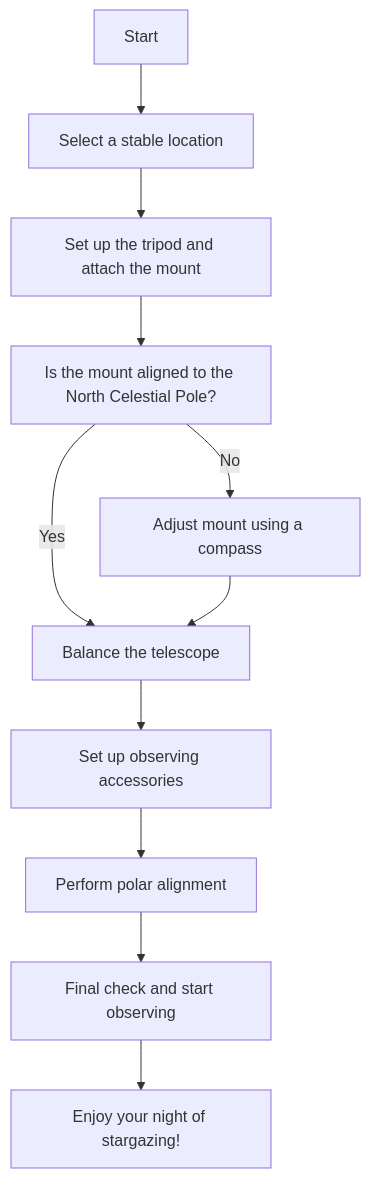
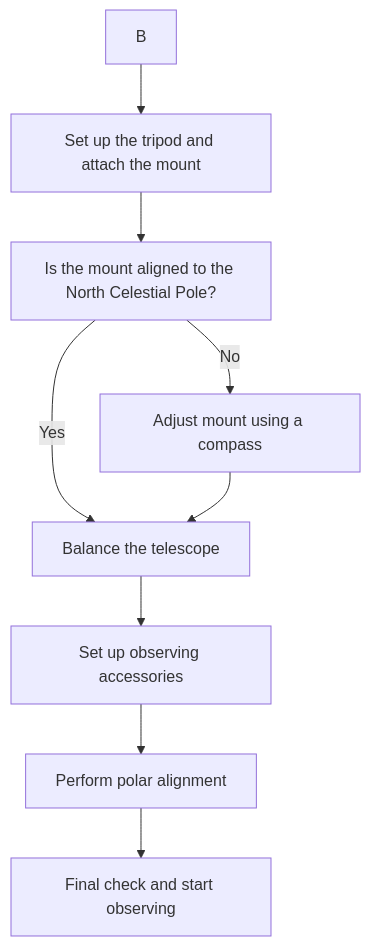
One commit to upyesp/aas changed the first of 3 diagrams in slides/Slides.md. Above: the diagram before and after it, drawn with Mermaid. The commit also changed other lines of this file, not shown here.

Commit message:
even shorter

```diff
--- a/slides/Slides.md
+++ b/slides/Slides.md
@@ -81,13 +81,11 @@
 <div class="mermaid">
 graph TD
-    A[Start] --> B[Select a stable location]
     B --> C[Set up the tripod and attach the mount]
     C --> D[Is the mount aligned to the North Celestial Pole?]
     D -- Yes --> E[Balance the telescope]
     D -- No --> F[Adjust mount using a compass]
     F --> E
     E --> G[Set up observing accessories]
     G --> H[Perform polar alignment]
     H --> I[Final check and start observing]
-    I --> J[Enjoy your night of stargazing!]
 </div>
```
